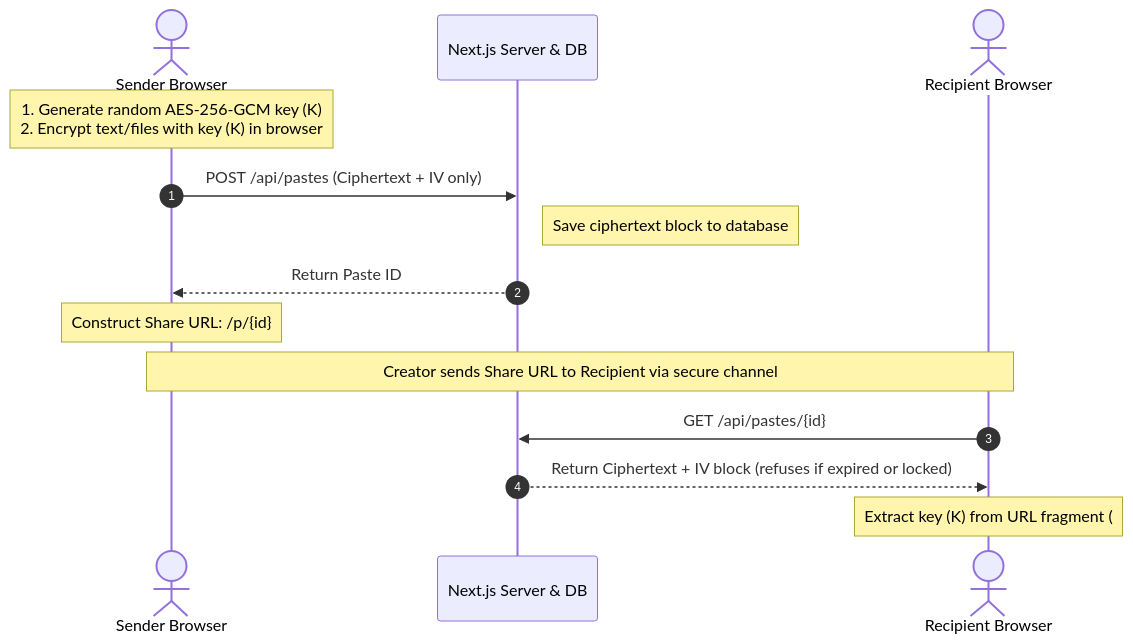
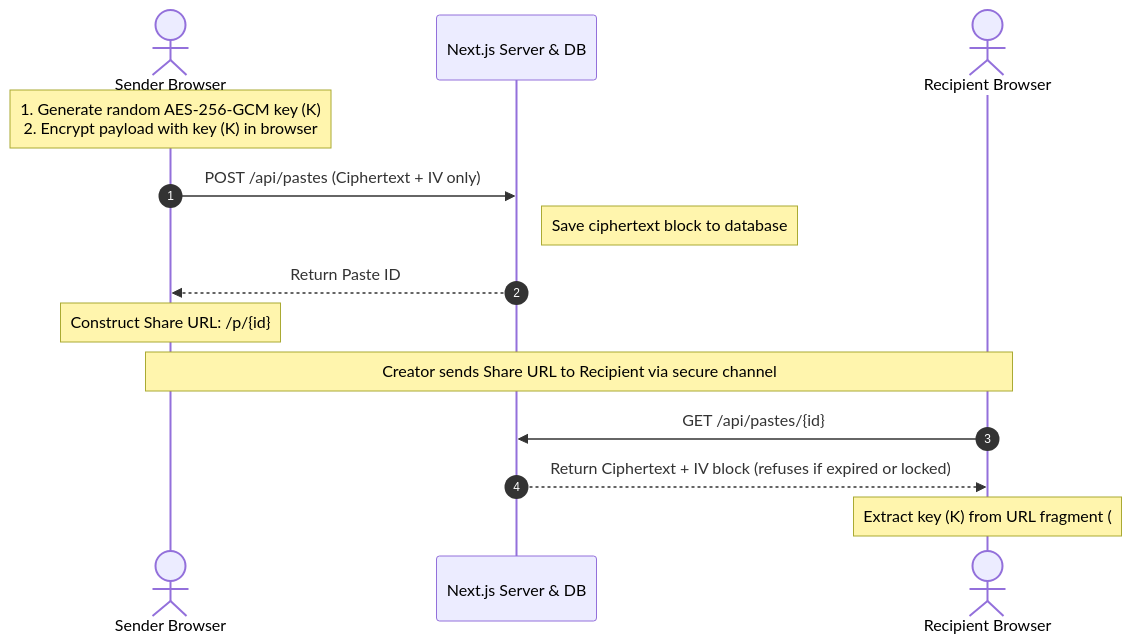
Before and after one commit to Saitriveni23/clonefest-: the diagram in README.md, drawn with Mermaid. The commit also changed other lines of this file, not shown here.

````diff
--- a/README.md
+++ b/README.md
@@ -24,19 +73,19 @@
 ```mermaid
 sequenceDiagram
     autonumber
     actor Creator as Sender Browser
     participant Server as Next.js Server & DB
     actor Recipient as Recipient Browser
 
-    note over Creator: 1. Generate random AES-256-GCM key (K)<br/>2. Encrypt text/files with key (K) in browser
+    note over Creator: 1. Generate random AES-256-GCM key (K)<br/>2. Encrypt payload with key (K) in browser
     Creator->>Server: POST /api/pastes (Ciphertext + IV only)
     Note right of Server: Save ciphertext block to database
     Server-->>Creator: Return Paste ID
     note over Creator: Construct Share URL: /p/{id}#K
 
     Note over Creator, Recipient: Creator sends Share URL to Recipient via secure channel
 
     Recipient->>Server: GET /api/pastes/{id}
     Server-->>Recipient: Return Ciphertext + IV block (refuses if expired or locked)
     note over Recipient: Extract key (K) from URL fragment (#)<br/>Decrypt ciphertext in browser with (K)
 ```
````
